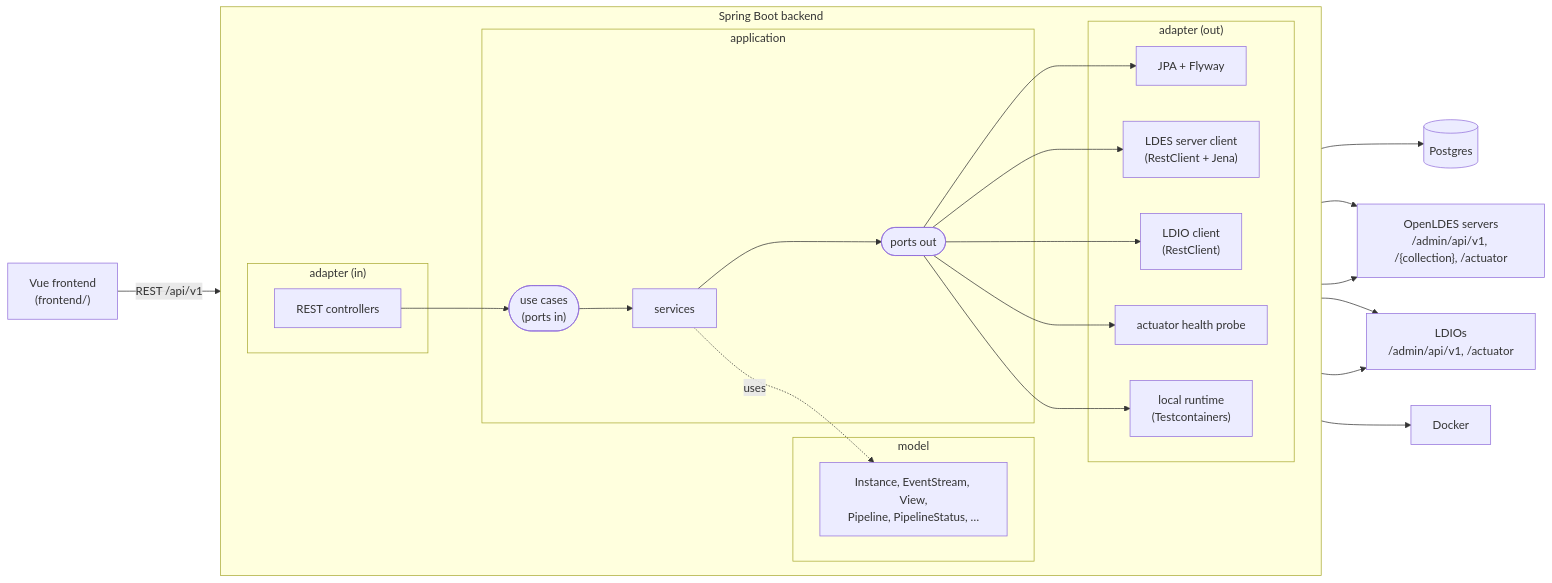
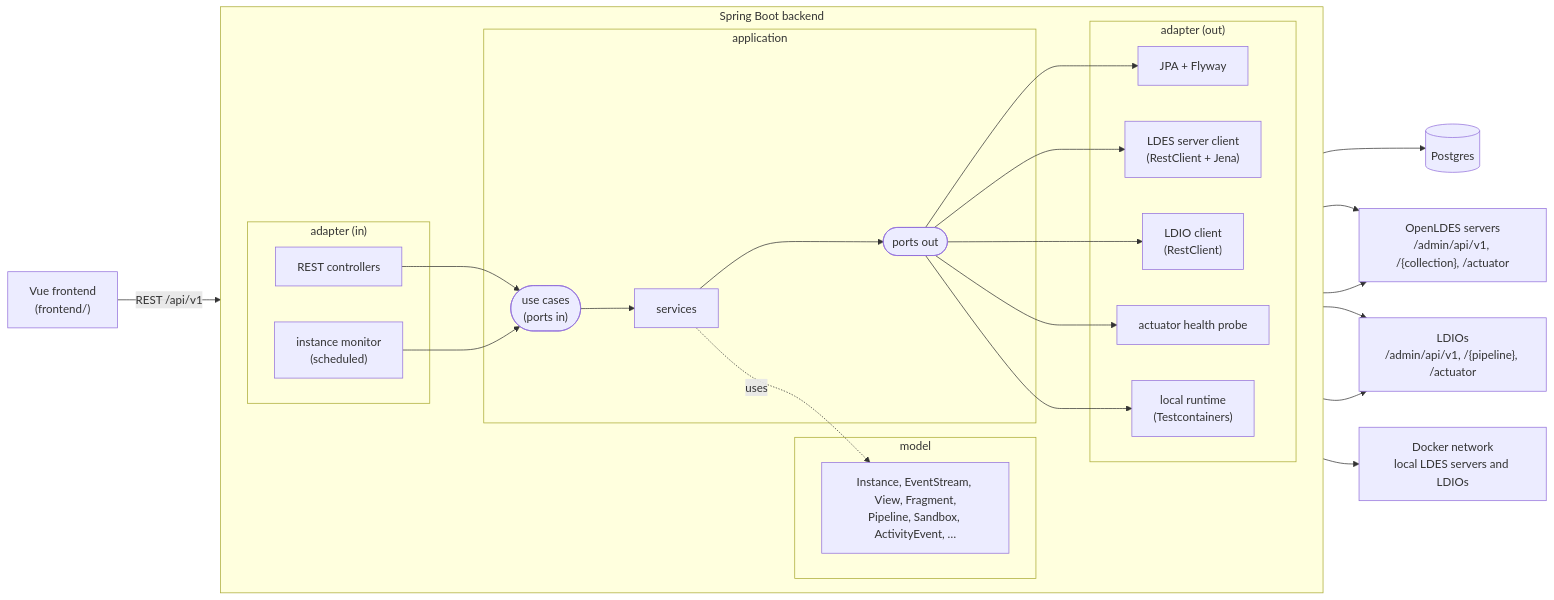
The diagram in analysis/architecture.md (OpenLDES/LDES-admin), drawn with Mermaid before and after one commit. The commit also changed other lines of this file and 140 other files, not shown here.

````diff
--- a/analysis/architecture.md
+++ b/analysis/architecture.md
@@ -7,33 +7,34 @@
 ```mermaid
 flowchart LR
   browser["Vue frontend<br/>(frontend/)"] -- REST /api/v1 --> rest
 
   subgraph backend["Spring Boot backend"]
     direction LR
     subgraph adapter_in["adapter (in)"]
       rest["REST controllers"]
+      scheduler["instance monitor<br/>(scheduled)"]
     end
     subgraph application["application"]
       in(["use cases<br/>(ports in)"]) --> services["services"] --> out(["ports out"])
     end
     subgraph model["model"]
-      domain["Instance, EventStream, View,<br/>Pipeline, PipelineStatus, …"]
+      domain["Instance, EventStream, View, Fragment,<br/>Pipeline, Sandbox, ActivityEvent, …"]
     end
     subgraph adapter_out["adapter (out)"]
       jpa["JPA + Flyway"]
       ldes["LDES server client<br/>(RestClient + Jena)"]
       ldio["LDIO client<br/>(RestClient)"]
       health["actuator health probe"]
       runtime["local runtime<br/>(Testcontainers)"]
     end
-    rest --> in
+    rest & scheduler --> in
     out --> jpa & ldes & ldio & health & runtime
     services -. uses .-> domain
   end
 
   jpa --> postgres[("Postgres")]
   ldes --> server["OpenLDES servers<br/>/admin/api/v1, /{collection}, /actuator"]
-  ldio --> orchestrator["LDIOs<br/>/admin/api/v1, /actuator"]
+  ldio --> orchestrator["LDIOs<br/>/admin/api/v1, /{pipeline}, /actuator"]
   health --> server & orchestrator
-  runtime --> docker["Docker"]
+  runtime --> docker["Docker network<br/>local LDES servers and LDIOs"]
 ```
````
